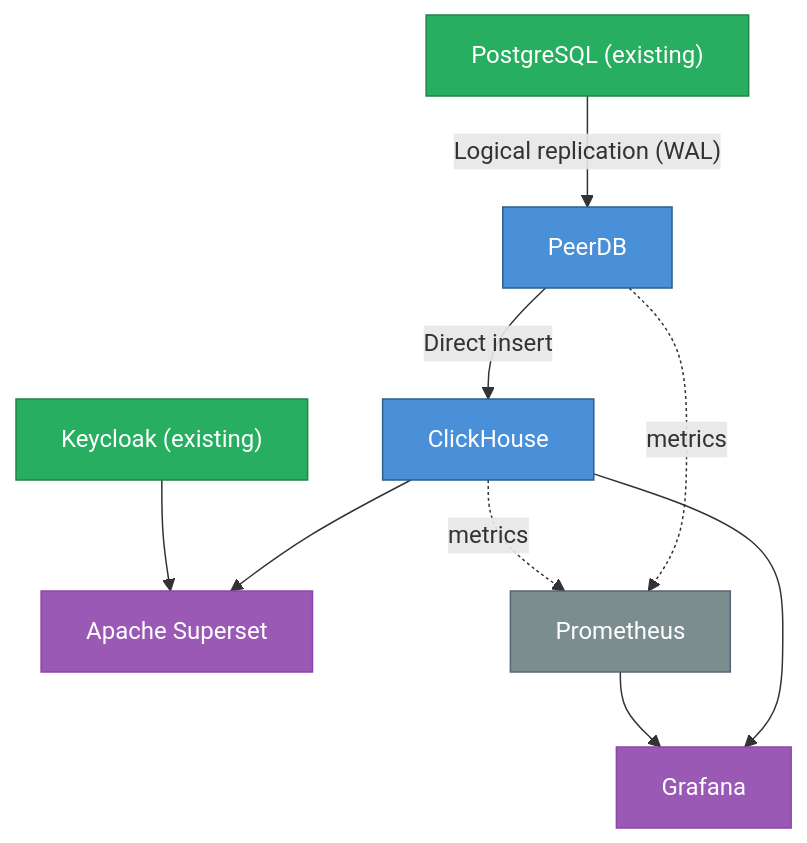
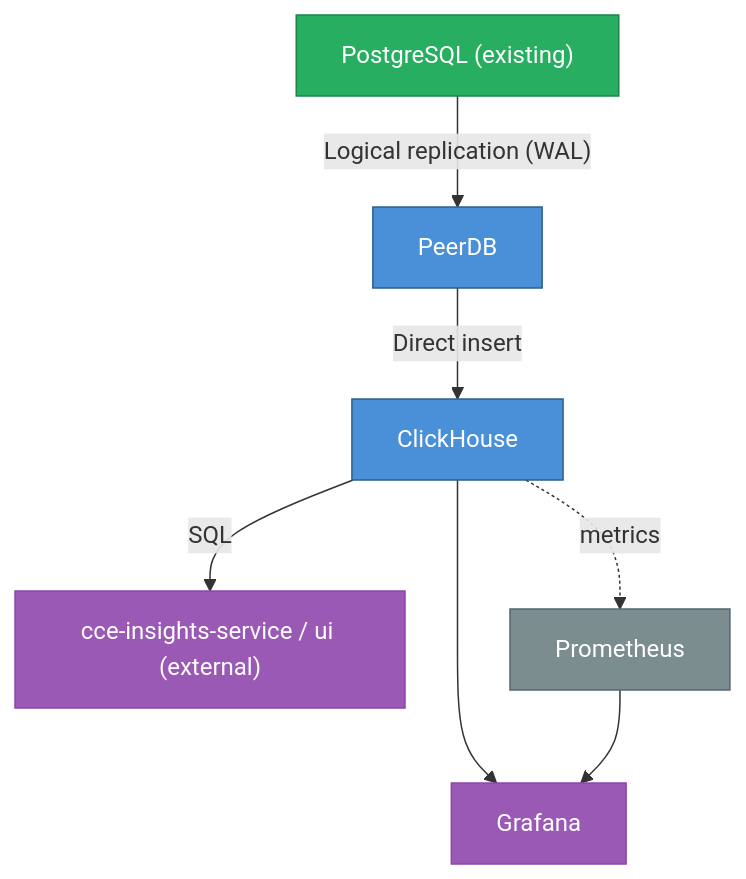
Before and after one commit to Jayaprakash8887/cce-data-pipeline: the second of 2 diagrams in docs/architecture-overview.md, drawn with Mermaid. The commit also changed other lines of this file and 36 other files, not shown here.

````diff
--- a/docs/architecture-overview.md
+++ b/docs/architecture-overview.md
@@ -186,21 +193,18 @@
 ```mermaid
 flowchart TD
     PG["PostgreSQL (existing)"] -->|"Logical replication (WAL)"| PEERDB["PeerDB"]
     PEERDB -->|"Direct insert"| CLICKHOUSE["ClickHouse"]
 
-    CLICKHOUSE --> SUPERSET["Apache Superset"]
+    CLICKHOUSE -->|"SQL"| INSIGHTS["cce-insights-service / ui (external)"]
     CLICKHOUSE --> GRAFANA["Grafana"]
 
-    KEYCLOAK["Keycloak (existing)"] --> SUPERSET
     PROMETHEUS["Prometheus"] --> GRAFANA
-    PEERDB -.->|"metrics"| PROMETHEUS
     CLICKHOUSE -.->|"metrics"| PROMETHEUS
 
     style PG fill:#27AE60,stroke:#1E8449,color:white
-    style KEYCLOAK fill:#27AE60,stroke:#1E8449,color:white
     style PEERDB fill:#4A90D9,stroke:#2C5F8A,color:white
     style CLICKHOUSE fill:#4A90D9,stroke:#2C5F8A,color:white
-    style SUPERSET fill:#9B59B6,stroke:#8E44AD,color:white
+    style INSIGHTS fill:#9B59B6,stroke:#8E44AD,color:white
     style GRAFANA fill:#9B59B6,stroke:#8E44AD,color:white
     style PROMETHEUS fill:#7B8D8E,stroke:#566573,color:white
 ```
````
